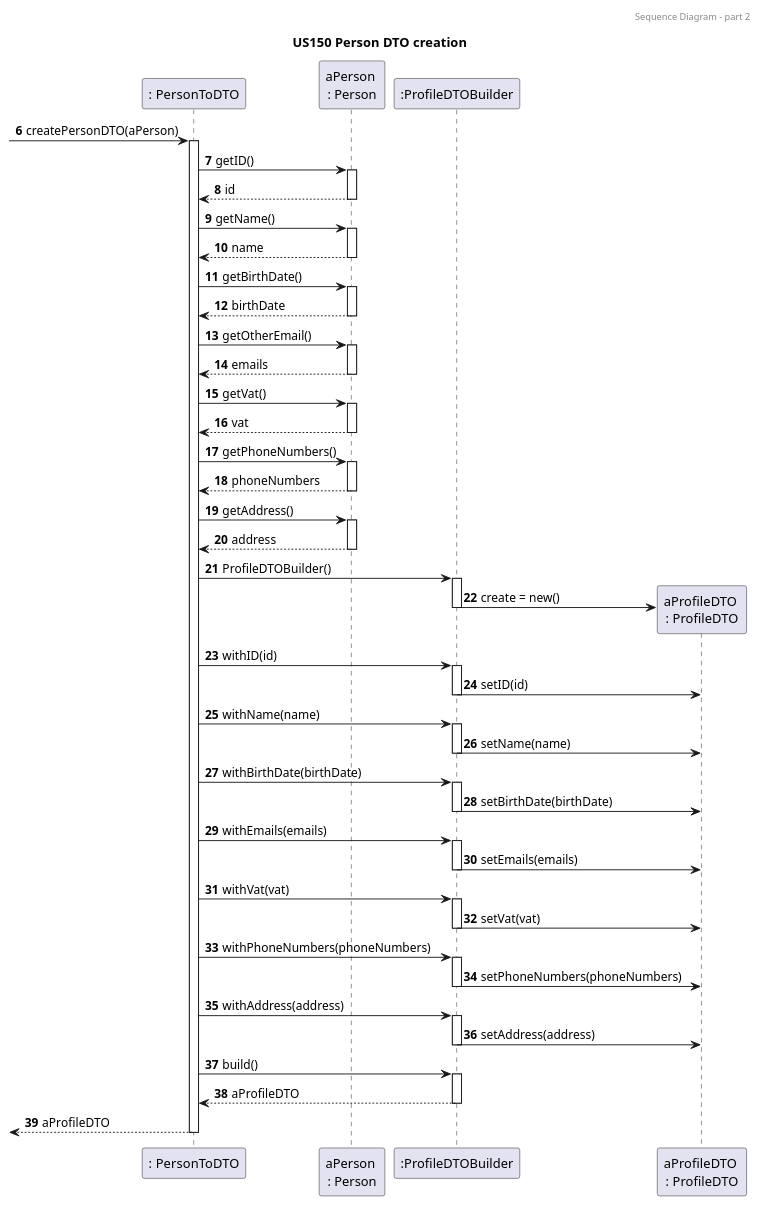
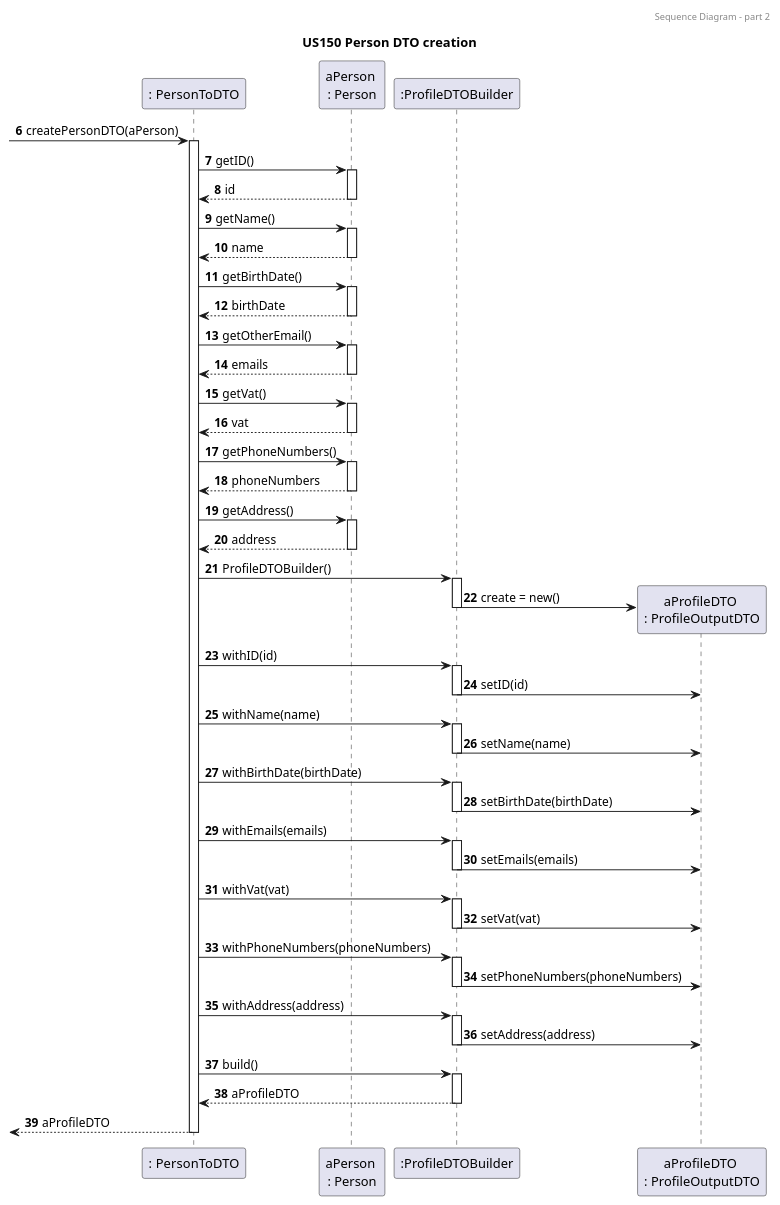
The fifth of 5 diagrams in docs/sprint4/user_stories/US150_GetFamilyMemberProfile.md (tomas-osswald/switch_2020_g3), drawn with PlantUML before and after one commit. The commit also changed 7 other files, not shown here.

```diff
--- a/docs/sprint4/user_stories/US150_GetFamilyMemberProfile.md
+++ b/docs/sprint4/user_stories/US150_GetFamilyMemberProfile.md
@@ -268,7 +268,7 @@
 participant ": PersonToDTO" as mapper
 participant "aPerson \n: Person" as person
 participant ":ProfileDTOBuilder" as builder
-participant "aProfileDTO \n: ProfileDTO" as profiledto
+participant "aProfileDTO \n: ProfileOutputDTO" as profiledto
 
 -> mapper : createPersonDTO(aPerson)
 activate mapper
```
